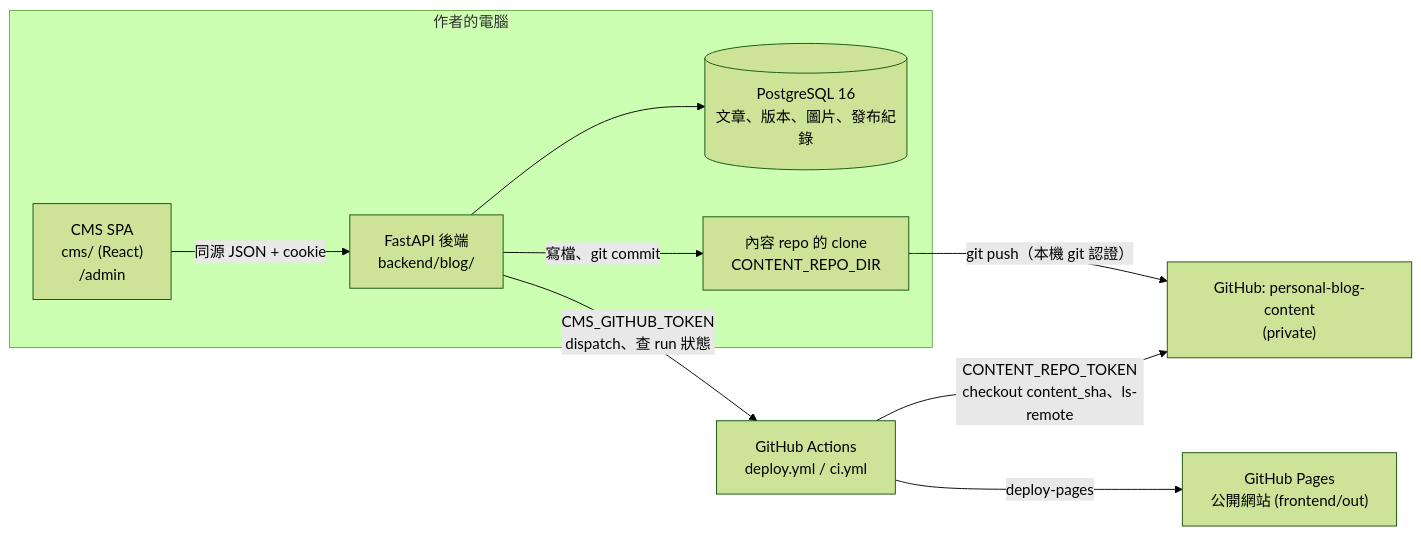
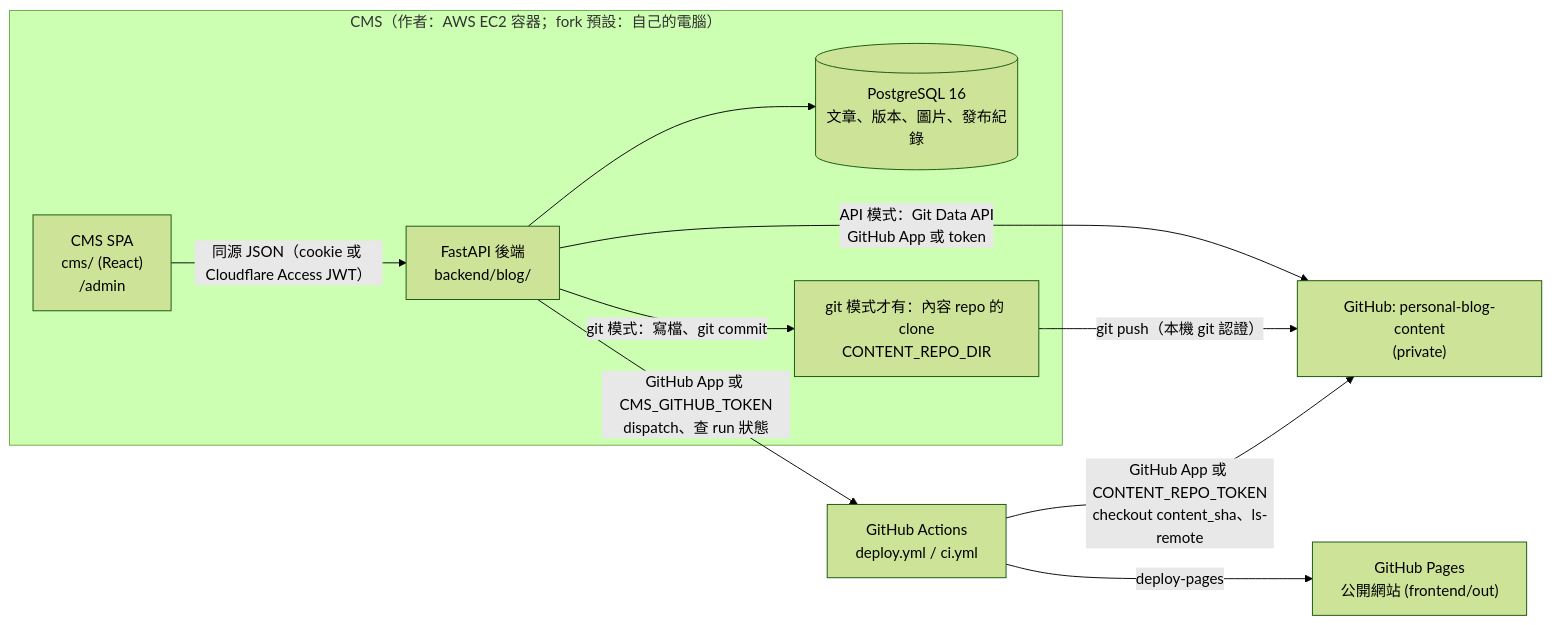
Before and after one commit to Hack-Ray/personal-blog: the first of 3 diagrams in docs/architecture/how-it-works.md, drawn with Mermaid (forest theme). The commit also changed other lines of this file and 7 other files, not shown here.

First line of the commit message:
docs: describe the author's cloud CMS in the architecture docs and READMEs

````diff
--- a/docs/architecture/how-it-works.md
+++ b/docs/architecture/how-it-works.md
@@ -17,20 +17,21 @@
 ```mermaid
 flowchart LR
-  subgraph local["作者的電腦"]
+  subgraph cms["CMS（作者：AWS EC2 容器；fork 預設：自己的電腦）"]
     SPA["CMS SPA<br/>cms/ (React)<br/>/admin"]
     API["FastAPI 後端<br/>backend/blog/"]
     PG[("PostgreSQL 16<br/>文章、版本、圖片、發布紀錄")]
-    CLONE["內容 repo 的 clone<br/>CONTENT_REPO_DIR"]
+    CLONE["git 模式才有：內容 repo 的 clone<br/>CONTENT_REPO_DIR"]
   end
   CONTENT["GitHub: personal-blog-content<br/>(private)"]
   GHA["GitHub Actions<br/>deploy.yml / ci.yml"]
   PAGES["GitHub Pages<br/>公開網站 (frontend/out)"]
 
-  SPA -- "同源 JSON + cookie" --> API
+  SPA -- "同源 JSON（cookie 或 Cloudflare Access JWT）" --> API
   API --> PG
-  API -- "寫檔、git commit" --> CLONE
+  API -- "API 模式：Git Data API<br/>GitHub App 或 token" --> CONTENT
+  API -- "git 模式：寫檔、git commit" --> CLONE
   CLONE -- "git push（本機 git 認證）" --> CONTENT
-  API -- "CMS_GITHUB_TOKEN<br/>dispatch、查 run 狀態" --> GHA
-  GHA -- "CONTENT_REPO_TOKEN<br/>checkout content_sha、ls-remote" --> CONTENT
+  API -- "GitHub App 或 CMS_GITHUB_TOKEN<br/>dispatch、查 run 狀態" --> GHA
+  GHA -- "GitHub App 或 CONTENT_REPO_TOKEN<br/>checkout content_sha、ls-remote" --> CONTENT
   GHA -- "deploy-pages" --> PAGES
 ```
````
